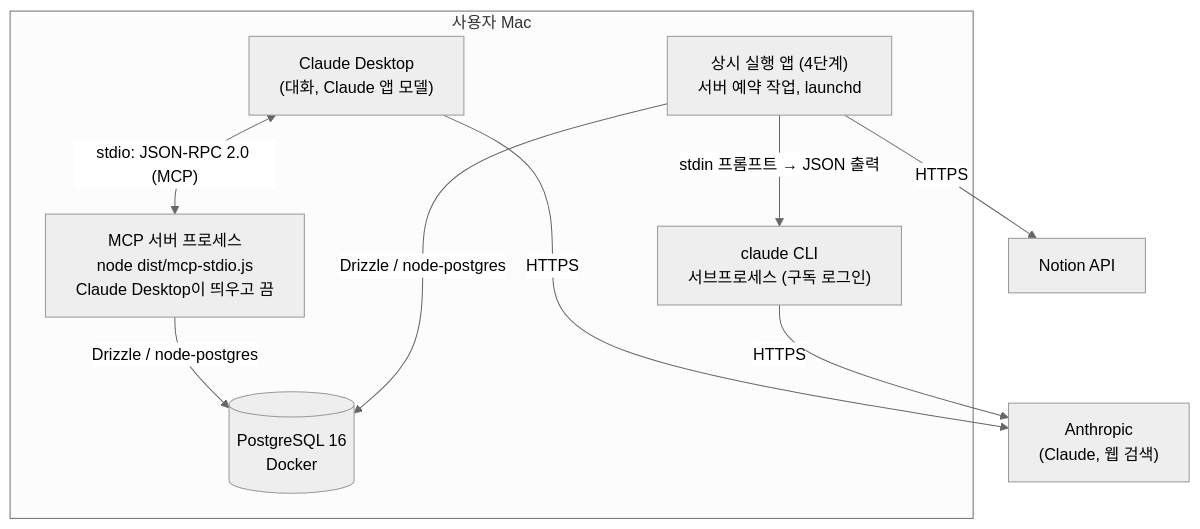
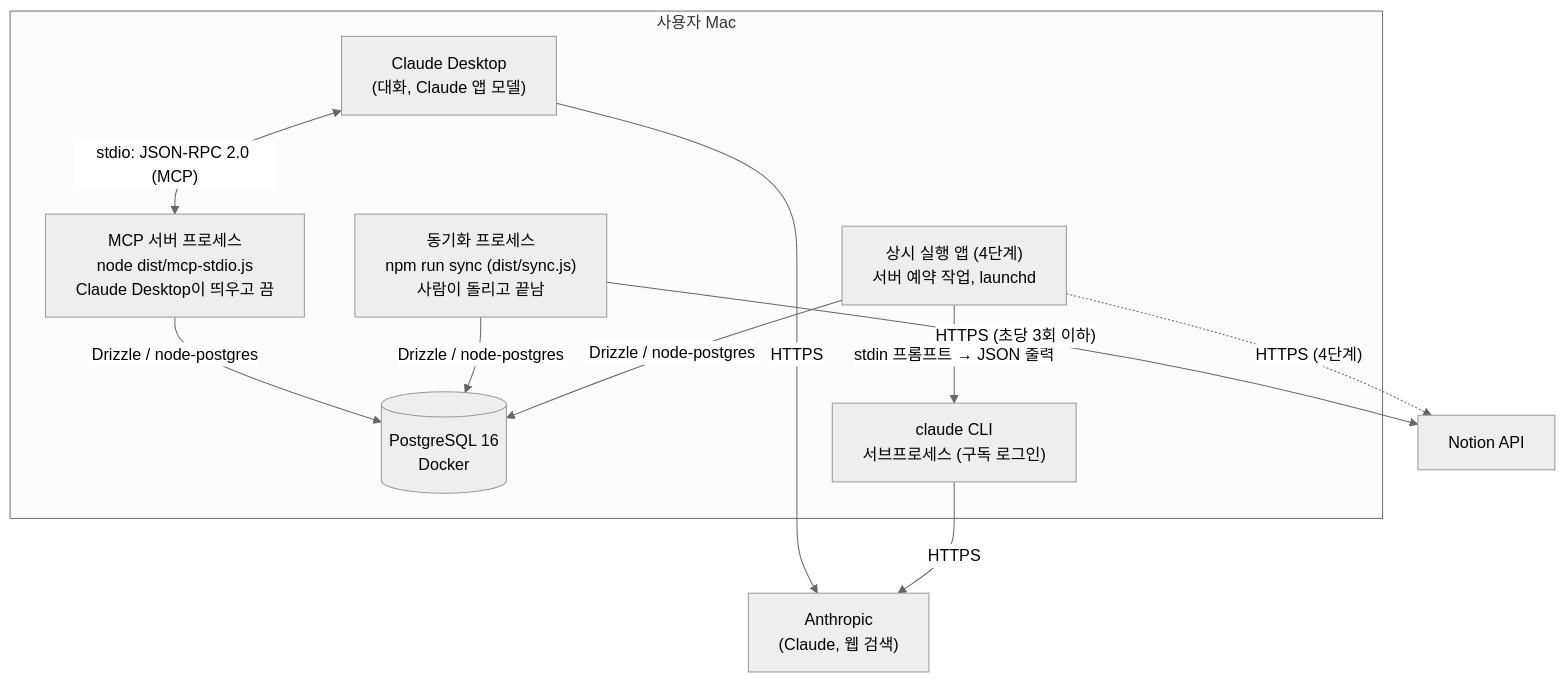
Before and after one commit to Wonchang0314/growth-assistant: the diagram in docs/architecture/c4-2-container.md, drawn with Mermaid (neutral theme). The commit also changed other lines of this file and 34 other files, not shown here.

Commit message:
feat: Notion 문서를 원문·청크로 증분 동기화 (npm run sync, sync_status)

````diff
--- a/docs/architecture/c4-2-container.md
+++ b/docs/architecture/c4-2-container.md
@@ -5,20 +5,23 @@
 ```mermaid
 flowchart TB
     notion["Notion API"]
 
     subgraph mac["사용자 Mac"]
         desktop["Claude Desktop<br/>(대화, Claude 앱 모델)"]
         mcpProc["MCP 서버 프로세스<br/>node dist/mcp-stdio.js<br/>Claude Desktop이 띄우고 끔"]
+        syncProc["동기화 프로세스<br/>npm run sync (dist/sync.js)<br/>사람이 돌리고 끝남"]
         app["상시 실행 앱 (4단계)<br/>서버 예약 작업, launchd"]
         db[("PostgreSQL 16<br/>Docker")]
         cli["claude CLI<br/>서브프로세스 (구독 로그인)"]
     end
 
     desktop <-- "stdio: JSON-RPC 2.0 (MCP)" --> mcpProc
     desktop -- "HTTPS" --> anthropic
     mcpProc -- "Drizzle / node-postgres" --> db
+    syncProc -- "Drizzle / node-postgres" --> db
     app -- "Drizzle / node-postgres" --> db
     app -- "stdin 프롬프트 → JSON 출력" --> cli
     cli -- "HTTPS" --> anthropic["Anthropic<br/>(Claude, 웹 검색)"]
-    app -- "HTTPS" --> notion
+    syncProc -- "HTTPS (초당 3회 이하)" --> notion
+    app -. "HTTPS (4단계)" .-> notion
 ```
````
